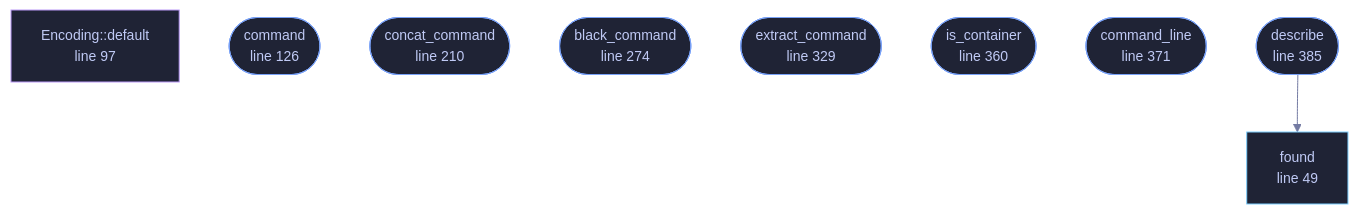
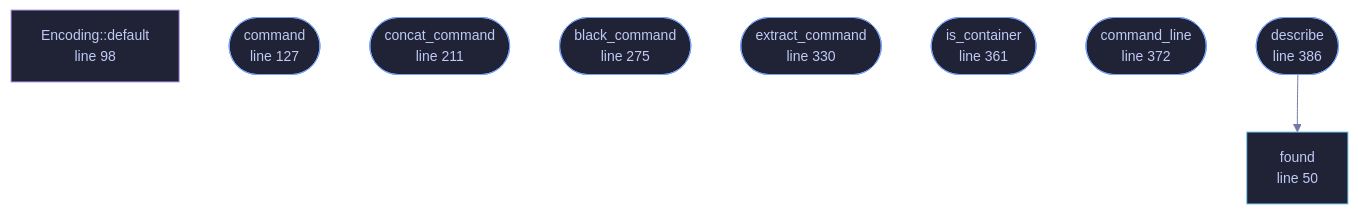
One commit to tilas01/veilvoice changed the diagram in wiki/File-veilvoice-video-ffmpeg.md. Above: the diagram before and after it, drawn with Mermaid. The commit also changed other lines of this file and 550 other files, not shown here.

````diff
--- a/wiki/File-veilvoice-video-ffmpeg.md
+++ b/wiki/File-veilvoice-video-ffmpeg.md
@@ -86,29 +87,29 @@
 ```mermaid
 %%{init: {"theme":"base","themeVariables":{"background":"#1a1b26","primaryColor":"#1f2335","primaryTextColor":"#c0caf5","primaryBorderColor":"#7aa2f7","secondaryColor":"#16161e","tertiaryColor":"#16161e","lineColor":"#737aa2","textColor":"#c0caf5","mainBkg":"#1f2335","nodeBorder":"#7aa2f7","clusterBkg":"#16161e","clusterBorder":"#2f3549","fontFamily":"ui-monospace, SFMono-Regular, Consolas, monospace","fontSize":"14px"}}}%%
 flowchart TD
-    n_found["found<br/>line 49"]
-    n_default["Encoding::default<br/>line 97"]
-    n_command(["command<br/>line 126"])
-    n_concat_command(["concat_command<br/>line 210"])
-    n_black_command(["black_command<br/>line 274"])
-    n_extract_command(["extract_command<br/>line 329"])
-    n_is_container(["is_container<br/>line 360"])
-    n_command_line(["command_line<br/>line 371"])
-    n_describe(["describe<br/>line 385"])
+    n_found["found<br/>line 50"]
+    n_default["Encoding::default<br/>line 98"]
+    n_command(["command<br/>line 127"])
+    n_concat_command(["concat_command<br/>line 211"])
+    n_black_command(["black_command<br/>line 275"])
+    n_extract_command(["extract_command<br/>line 330"])
+    n_is_container(["is_container<br/>line 361"])
+    n_command_line(["command_line<br/>line 372"])
+    n_describe(["describe<br/>line 386"])
     n_describe --> n_found
-    click n_found href "https://github.com/tilas01/veilvoice/blob/main/crates/veilvoice-video/src/ffmpeg.rs#L49" "open the source"
-    click n_default href "https://github.com/tilas01/veilvoice/blob/main/crates/veilvoice-video/src/ffmpeg.rs#L97" "open the source"
-    click n_command href "https://github.com/tilas01/veilvoice/blob/main/crates/veilvoice-video/src/ffmpeg.rs#L126" "open the source"
-    click n_concat_command href "https://github.com/tilas01/veilvoice/blob/main/crates/veilvoice-video/src/ffmpeg.rs#L210" "open the source"
-    click n_black_command href "https://github.com/tilas01/veilvoice/blob/main/crates/veilvoice-video/src/ffmpeg.rs#L274" "open the source"
-    click n_extract_command href "https://github.com/tilas01/veilvoice/blob/main/crates/veilvoice-video/src/ffmpeg.rs#L329" "open the source"
-    click n_is_container href "https://github.com/tilas01/veilvoice/blob/main/crates/veilvoice-video/src/ffmpeg.rs#L360" "open the source"
-    click n_command_line href "https://github.com/tilas01/veilvoice/blob/main/crates/veilvoice-video/src/ffmpeg.rs#L371" "open the source"
-    click n_describe href "https://github.com/tilas01/veilvoice/blob/main/crates/veilvoice-video/src/ffmpeg.rs#L385" "open the source"
+    click n_found href "https://github.com/tilas01/veilvoice/blob/main/crates/veilvoice-video/src/ffmpeg.rs#L50" "open the source"
+    click n_default href "https://github.com/tilas01/veilvoice/blob/main/crates/veilvoice-video/src/ffmpeg.rs#L98" "open the source"
+    click n_command href "https://github.com/tilas01/veilvoice/blob/main/crates/veilvoice-video/src/ffmpeg.rs#L127" "open the source"
+    click n_concat_command href "https://github.com/tilas01/veilvoice/blob/main/crates/veilvoice-video/src/ffmpeg.rs#L211" "open the source"
+    click n_black_command href "https://github.com/tilas01/veilvoice/blob/main/crates/veilvoice-video/src/ffmpeg.rs#L275" "open the source"
+    click n_extract_command href "https://github.com/tilas01/veilvoice/blob/main/crates/veilvoice-video/src/ffmpeg.rs#L330" "open the source"
+    click n_is_container href "https://github.com/tilas01/veilvoice/blob/main/crates/veilvoice-video/src/ffmpeg.rs#L361" "open the source"
+    click n_command_line href "https://github.com/tilas01/veilvoice/blob/main/crates/veilvoice-video/src/ffmpeg.rs#L372" "open the source"
+    click n_describe href "https://github.com/tilas01/veilvoice/blob/main/crates/veilvoice-video/src/ffmpeg.rs#L386" "open the source"
     classDef entry fill:#1f2335,stroke:#7aa2f7,color:#c0caf5
     class n_command,n_concat_command,n_black_command,n_extract_command,n_is_container,n_command_line,n_describe entry
     classDef api fill:#1f2335,stroke:#7dcfff,color:#c0caf5
     class n_found api
     classDef helper fill:#1f2335,stroke:#bb9af7,color:#c0caf5
     class n_default helper
 ```
````
